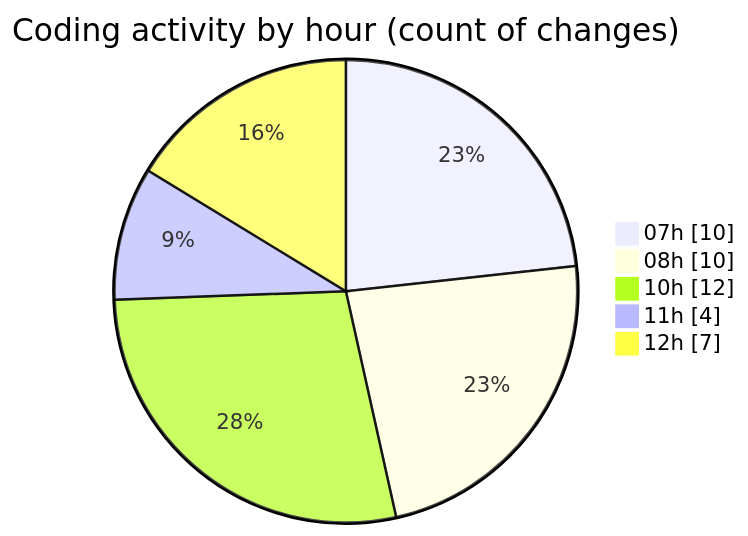
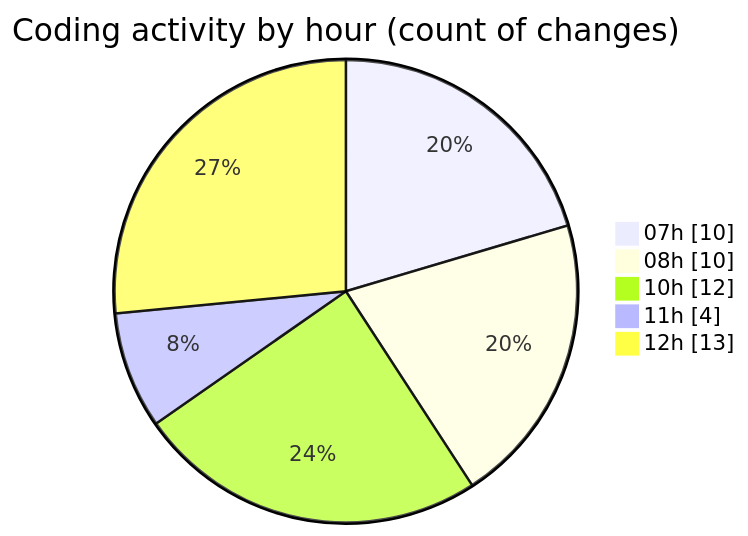
One commit to tmsrecording-cyber/code-tracking changed the second of 2 diagrams in 2026-02-08/singularitybrainai/README.md. Above: the diagram before and after it, drawn with Mermaid. The commit also changed other lines of this file and 1 other file, not shown here.

````diff
--- a/2026-02-08/singularitybrainai/README.md
+++ b/2026-02-08/singularitybrainai/README.md
@@ -36,9 +38,9 @@
 ```mermaid
 pie showData
 title Coding activity by hour (count of changes)
 "07h" : 10
 "08h" : 10
 "10h" : 12
 "11h" : 4
-"12h" : 7
+"12h" : 13
 ```
````
